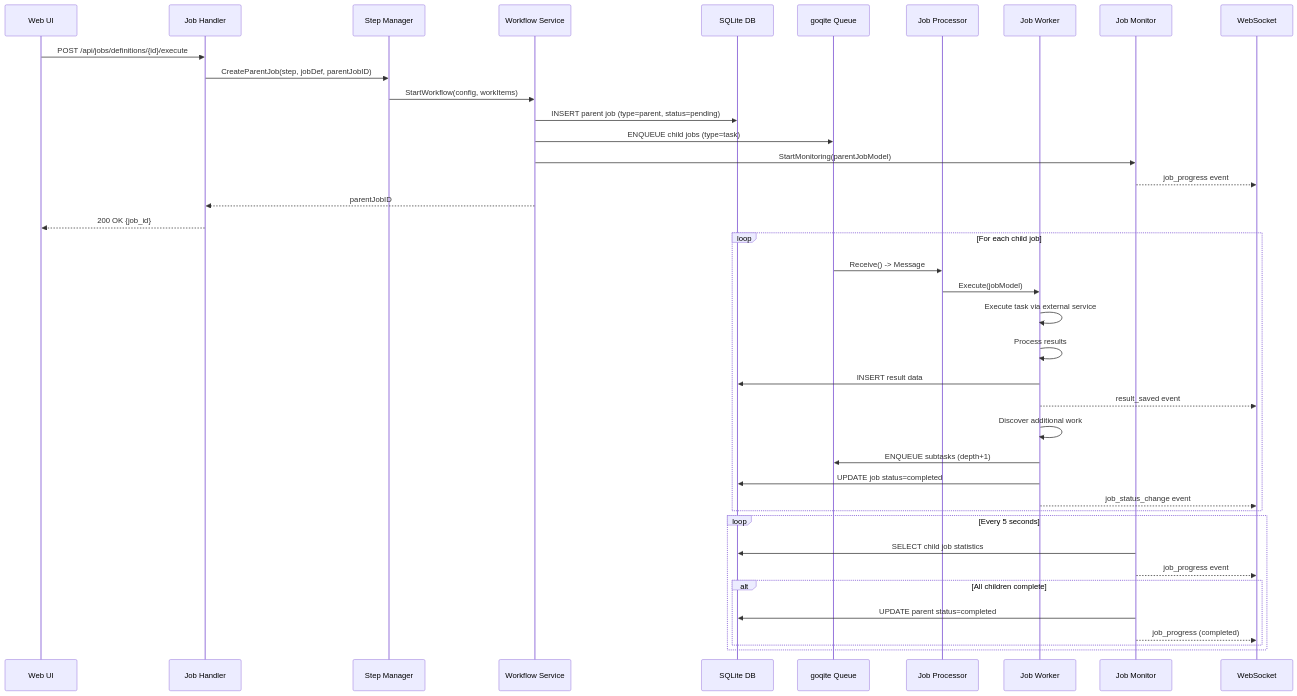
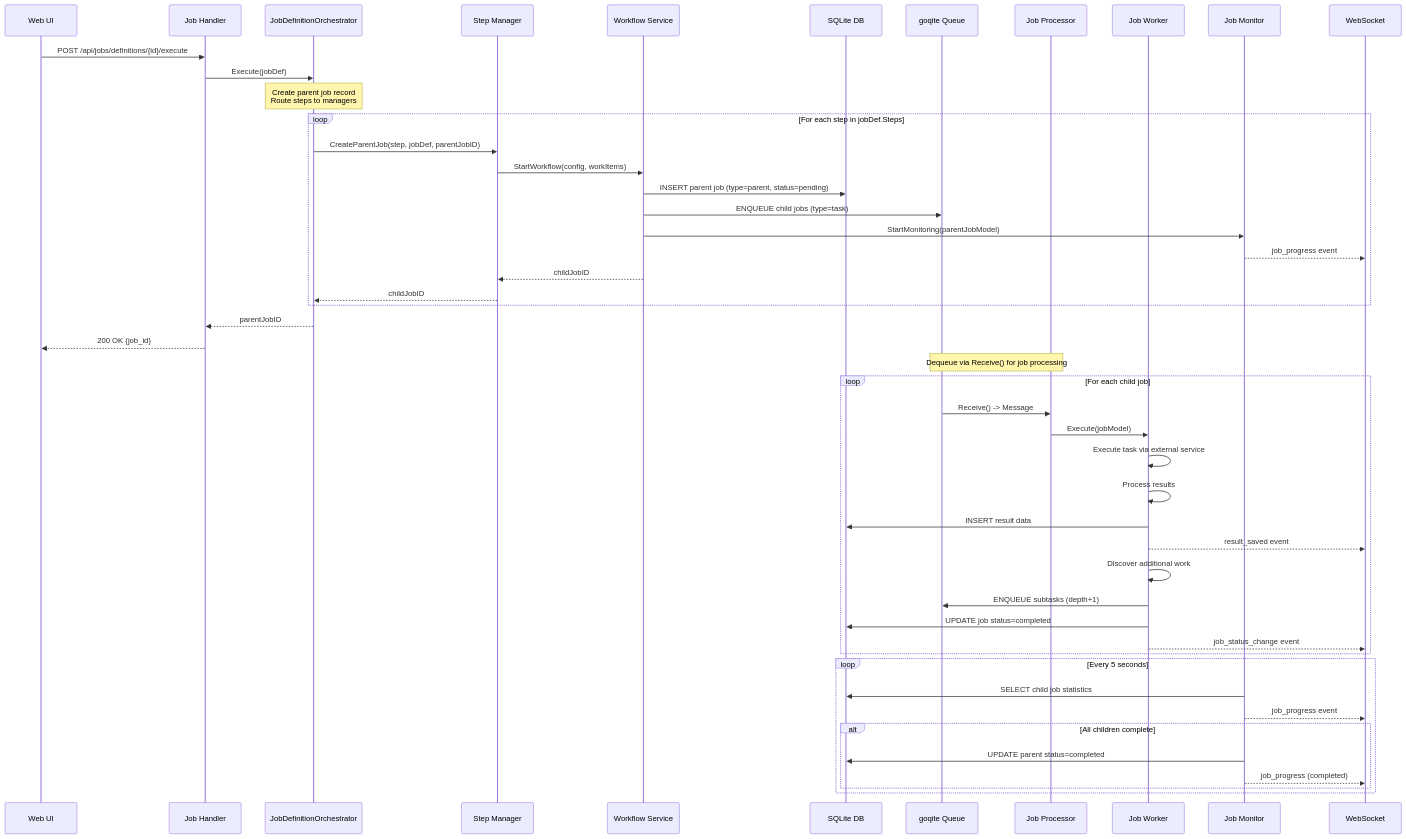
One commit to ternarybob/quaero changed the second of 2 diagrams in docs/architecture/MANAGER_WORKER_ARCHITECTURE.md. Above: the diagram before and after it, drawn with Mermaid. The commit also changed other lines of this file and 3 other files, not shown here.

First line of the commit message:
docs: Document JobDefinitionOrchestrator in architecture

````diff
--- a/docs/architecture/MANAGER_WORKER_ARCHITECTURE.md
+++ b/docs/architecture/MANAGER_WORKER_ARCHITECTURE.md
@@ -246,48 +308,58 @@
 ```mermaid
 sequenceDiagram
     participant UI as Web UI
     participant Handler as Job Handler
+    participant Orchestrator as JobDefinitionOrchestrator
     participant Manager as Step Manager
     participant Service as Workflow Service
     participant DB as SQLite DB
     participant Queue as goqite Queue
     participant Processor as Job Processor
     participant Worker as Job Worker
     participant Monitor as Job Monitor
     participant WS as WebSocket
 
     %% Phase 1: Job Creation (Orchestration Layer)
     UI->>Handler: POST /api/jobs/definitions/{id}/execute
-    Handler->>Manager: CreateParentJob(step, jobDef, parentJobID)
-    Manager->>Service: StartWorkflow(config, workItems)
-    Service->>DB: INSERT parent job (type=parent, status=pending)
-    Service->>Queue: ENQUEUE child jobs (type=task)
-    Service->>Monitor: StartMonitoring(parentJobModel)
-    Monitor-->>WS: job_progress event
-    Service-->>Handler: parentJobID
+    Handler->>Orchestrator: Execute(jobDef)
+    Note over Orchestrator: Create parent job record<br/>Route steps to managers
+
+    loop For each step in jobDef.Steps
+        Orchestrator->>Manager: CreateParentJob(step, jobDef, parentJobID)
+        Manager->>Service: StartWorkflow(config, workItems)
+        Service->>DB: INSERT parent job (type=parent, status=pending)
+        Service->>Queue: ENQUEUE child jobs (type=task)
+        Service->>Monitor: StartMonitoring(parentJobModel)
+        Monitor-->>WS: job_progress event
+        Service-->>Manager: childJobID
+        Manager-->>Orchestrator: childJobID
+    end
+
+    Orchestrator-->>Handler: parentJobID
     Handler-->>UI: 200 OK {job_id}
 
     %% Phase 2: Job Execution (Worker Layer)
+    Note over Queue,Processor: Dequeue via Receive() for job processing
     loop For each child job
         Queue->>Processor: Receive() -> Message
         Processor->>Worker: Execute(jobModel)
         Worker->>Worker: Execute task via external service
         Worker->>Worker: Process results
         Worker->>DB: INSERT result data
         Worker-->>WS: result_saved event
         Worker->>Worker: Discover additional work
         Worker->>Queue: ENQUEUE subtasks (depth+1)
         Worker->>DB: UPDATE job status=completed
         Worker-->>WS: job_status_change event
     end
 
     %% Phase 3: Progress Monitoring (Monitor Layer)
     loop Every 5 seconds
         Monitor->>DB: SELECT child job statistics
         Monitor-->>WS: job_progress event
         alt All children complete
             Monitor->>DB: UPDATE parent status=completed
             Monitor-->>WS: job_progress (completed)
         end
     end
 ```
````
